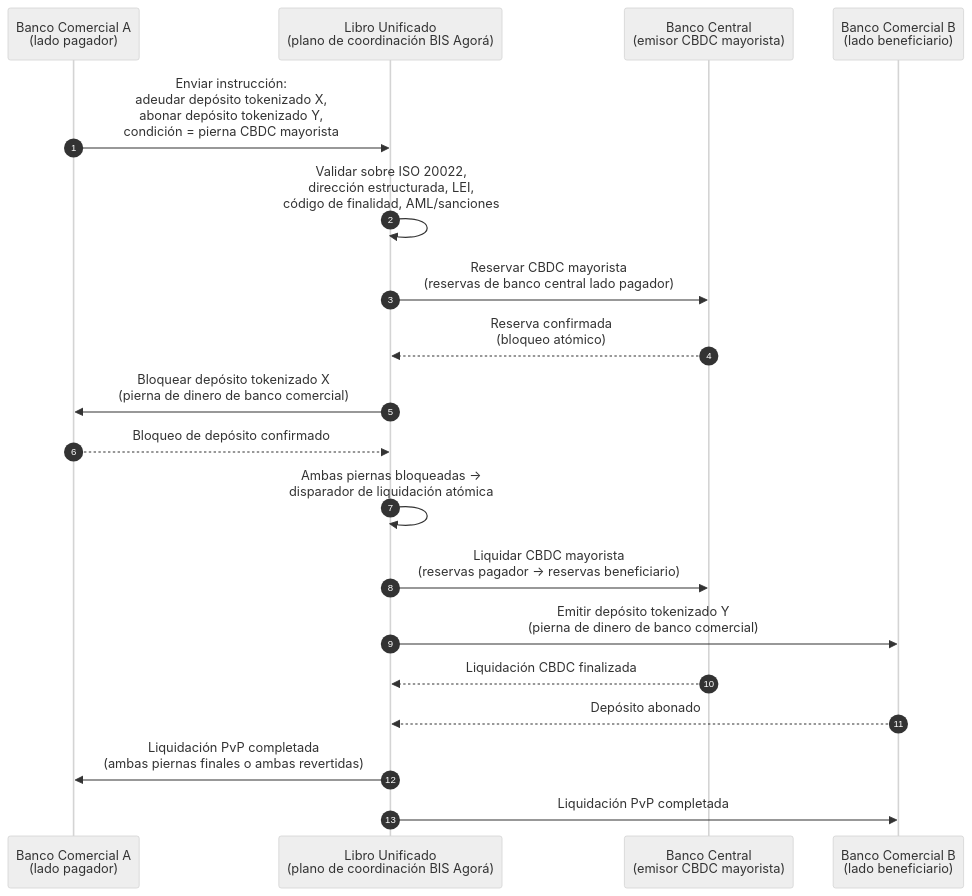
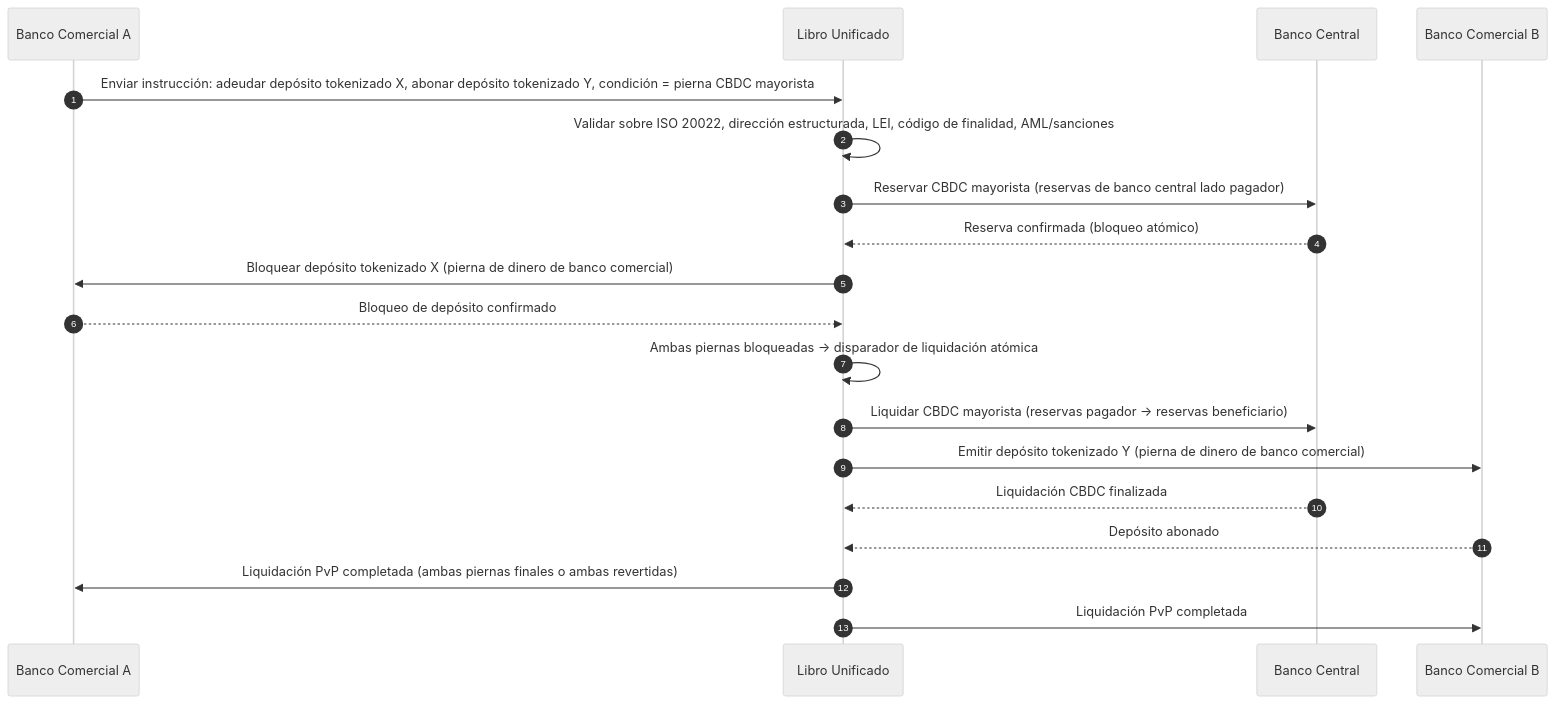
Before and after one commit to sebastienrousseau/sebastienrousseau.github.io: the diagram in _posts/es/2026-06-06-wholesale-payments-index-iso20022-tokenised-deposits-cross-border-2026.md, drawn with Mermaid (neutral theme). The commit also changed 2231 other files, not shown here.

First line of the commit message:
fix(mermaid): unblock Mermaid v10 rendering end-to-end (#198)

````diff
--- a/_posts/es/2026-06-06-wholesale-payments-index-iso20022-tokenised-deposits-cross-border-2026.md
+++ b/_posts/es/2026-06-06-wholesale-payments-index-iso20022-tokenised-deposits-cross-border-2026.md
@@ -170,22 +170,21 @@
 ```mermaid
 sequenceDiagram
     autonumber
-    participant CB_A as Banco Comercial A<br/>(lado pagador)
-    participant UL as Libro Unificado<br/>(plano de coordinación BIS Agorá)
-    participant CBNK as Banco Central<br/>(emisor CBDC mayorista)
-    participant CB_B as Banco Comercial B<br/>(lado beneficiario)
-
-    CB_A->>UL: Enviar instrucción:<br/>adeudar depósito tokenizado X,<br/>abonar depósito tokenizado Y,<br/>condición = pierna CBDC mayorista
-    UL->>UL: Validar sobre ISO 20022,<br/>dirección estructurada, LEI,<br/>código de finalidad, AML/sanciones
-    UL->>CBNK: Reservar CBDC mayorista<br/>(reservas de banco central lado pagador)
-    CBNK-->>UL: Reserva confirmada<br/>(bloqueo atómico)
-    UL->>CB_A: Bloquear depósito tokenizado X<br/>(pierna de dinero de banco comercial)
+    participant CB_A as Banco Comercial A
+    participant UL as Libro Unificado
+    participant CBNK as Banco Central
+    participant CB_B as Banco Comercial B
+    CB_A->>UL: Enviar instrucción: adeudar depósito tokenizado X, abonar depósito tokenizado Y, condición = pierna CBDC mayorista
+    UL->>UL: Validar sobre ISO 20022, dirección estructurada, LEI, código de finalidad, AML/sanciones
+    UL->>CBNK: Reservar CBDC mayorista (reservas de banco central lado pagador)
+    CBNK-->>UL: Reserva confirmada (bloqueo atómico)
+    UL->>CB_A: Bloquear depósito tokenizado X (pierna de dinero de banco comercial)
     CB_A-->>UL: Bloqueo de depósito confirmado
-    UL->>UL: Ambas piernas bloqueadas →<br/>disparador de liquidación atómica
-    UL->>CBNK: Liquidar CBDC mayorista<br/>(reservas pagador → reservas beneficiario)
-    UL->>CB_B: Emitir depósito tokenizado Y<br/>(pierna de dinero de banco comercial)
+    UL->>UL: Ambas piernas bloqueadas → disparador de liquidación atómica
+    UL->>CBNK: Liquidar CBDC mayorista (reservas pagador → reservas beneficiario)
+    UL->>CB_B: Emitir depósito tokenizado Y (pierna de dinero de banco comercial)
     CBNK-->>UL: Liquidación CBDC finalizada
     CB_B-->>UL: Depósito abonado
-    UL->>CB_A: Liquidación PvP completada<br/>(ambas piernas finales o ambas revertidas)
+    UL->>CB_A: Liquidación PvP completada (ambas piernas finales o ambas revertidas)
     UL->>CB_B: Liquidación PvP completada
 ```
````
